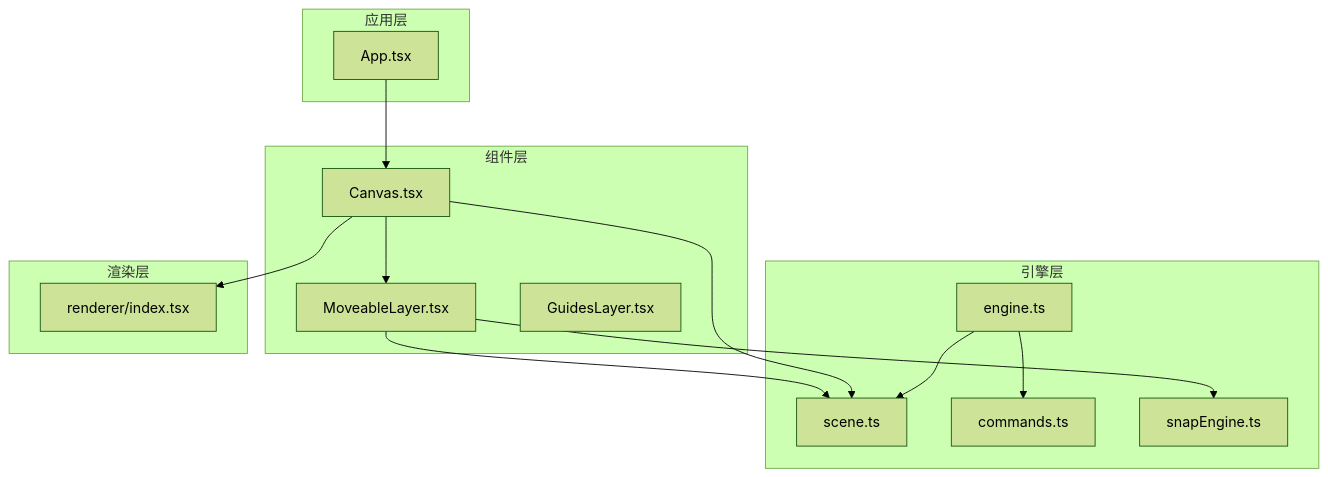
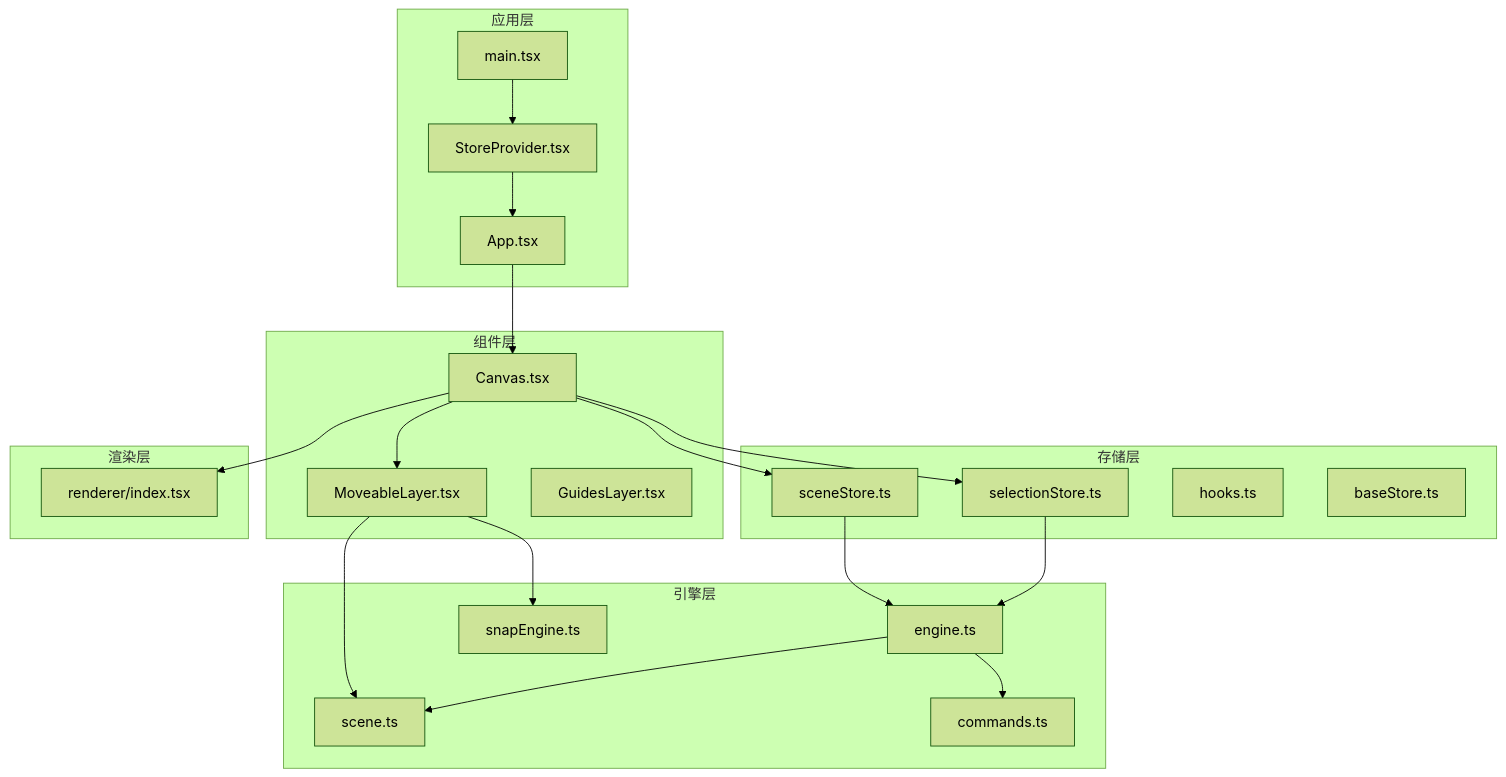
Before and after one commit to Anna0314zy/ai_editor_enginer: the first of 5 diagrams in .qoder/repowiki/zh/content/UI组件系统/画布组件 (Canvas).md, drawn with Mermaid (forest theme). The commit also changed other lines of this file and 17 other files, not shown here.

````diff
--- a/.qoder/repowiki/zh/content/UI组件系统/画布组件 (Canvas).md
+++ b/.qoder/repowiki/zh/content/UI组件系统/画布组件 (Canvas).md
@@ -35,28 +50,41 @@
 ```mermaid
 graph TB
 subgraph "应用层"
+MAIN["main.tsx"]
+STORE_PROVIDER["StoreProvider.tsx"]
 APP["App.tsx"]
 end
 subgraph "组件层"
 CANVAS["Canvas.tsx"]
 MOVEABLE["MoveableLayer.tsx"]
 GUIDES["GuidesLayer.tsx"]
+end
+subgraph "存储层"
+SCENE_STORE["sceneStore.ts"]
+SELECTION_STORE["selectionStore.ts"]
+HOOKS["hooks.ts"]
+BASE_STORE["baseStore.ts"]
 end
 subgraph "引擎层"
 ENGINE["engine.ts"]
 SCENE["scene.ts"]
 COMMANDS["commands.ts"]
 SNAP["snapEngine.ts"]
 end
 subgraph "渲染层"
 RENDERER["renderer/index.tsx"]
 end
+MAIN --> STORE_PROVIDER
+STORE_PROVIDER --> APP
 APP --> CANVAS
 CANVAS --> RENDERER
 CANVAS --> MOVEABLE
 MOVEABLE --> SNAP
 MOVEABLE --> SCENE
-CANVAS --> SCENE
+CANVAS --> SCENE_STORE
+CANVAS --> SELECTION_STORE
+SCENE_STORE --> ENGINE
+SELECTION_STORE --> ENGINE
 ENGINE --> SCENE
 ENGINE --> COMMANDS
 ```
````
